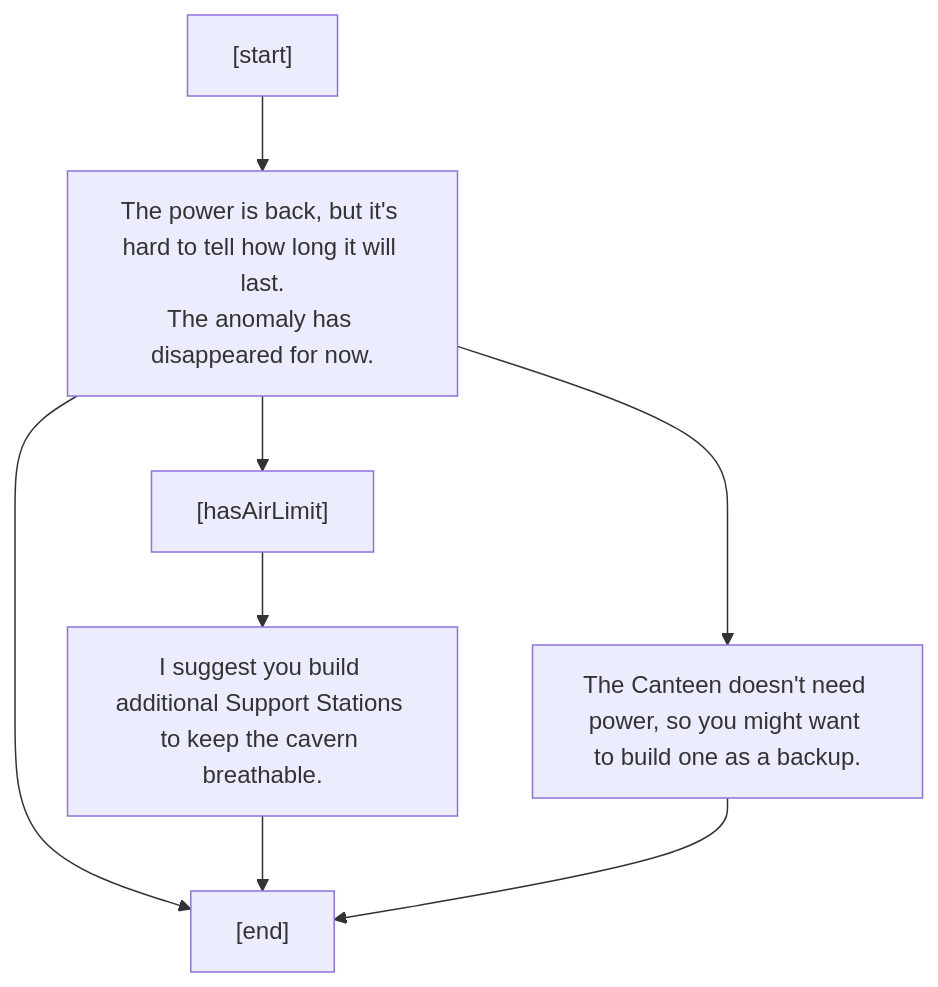
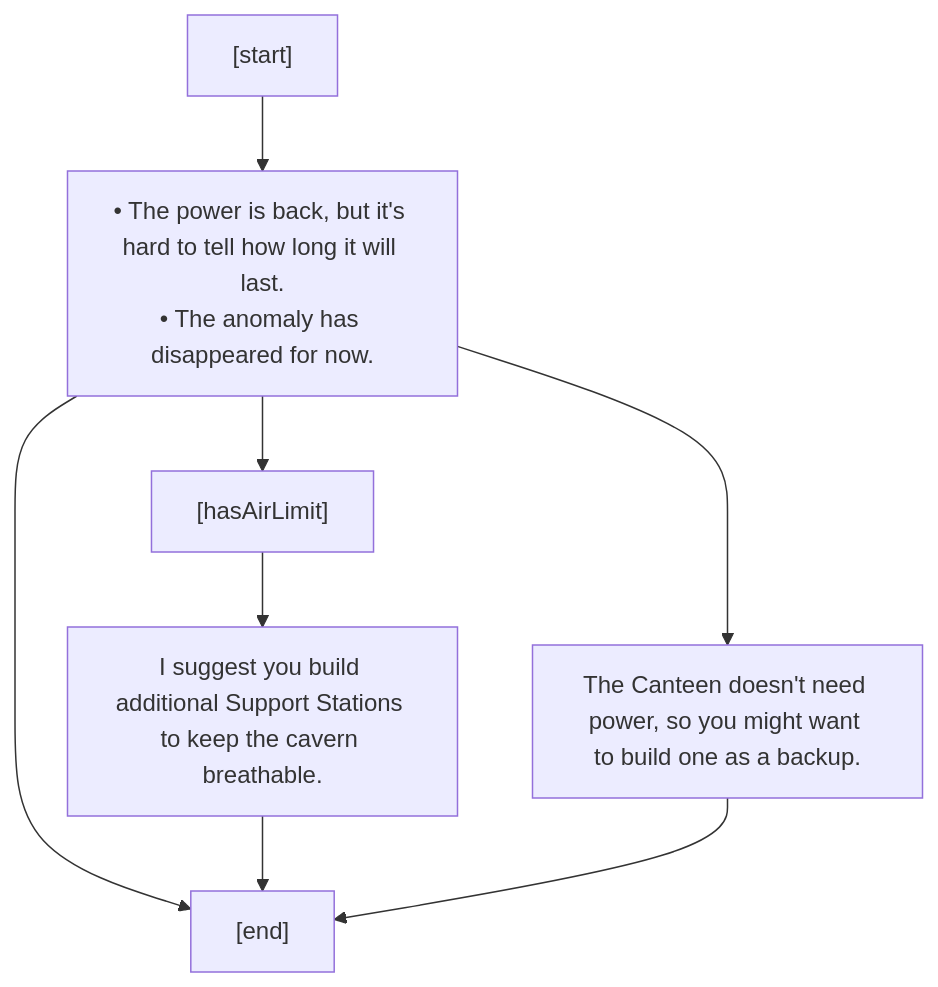
One commit to charredUtensil/groundhog changed the first of 14 diagrams in src/core/lore/graphs/events.md. Above: the diagram before and after it, drawn with Mermaid. The commit also changed other lines of this file and 7 other files, not shown here.

````diff
--- a/src/core/lore/graphs/events.md
+++ b/src/core/lore/graphs/events.md
@@ -3,16 +3,16 @@
 ```mermaid
 flowchart TD;
 P0["[start]"]
 P0 --> P1
-P1["The power is back, but it's hard to tell how long it will last.<br/>The anomaly has disappeared for now."]
+P1["&bull; The power is back, but it's hard to tell how long it will last.<br/>&bull; The anomaly has disappeared for now."]
 P1 --> P2
 P1 --> P4
 P1 --> P5
 P2["[hasAirLimit]"]
 P2 --> P3
 P3["I suggest you build additional Support Stations to keep the cavern breathable."]
 P3 --> P5
 P4["The Canteen doesn't need power, so you might want to build one as a backup."]
 P4 --> P5
 P5["[end]"]
 ```
````
